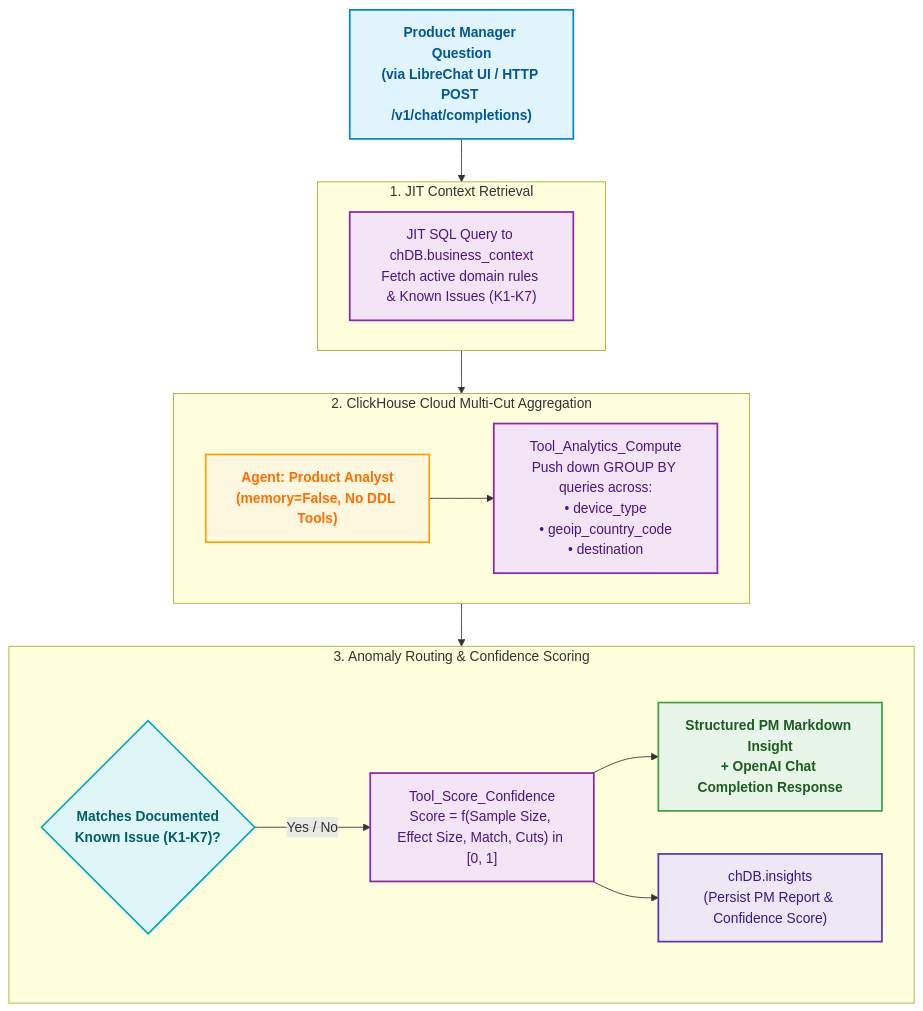
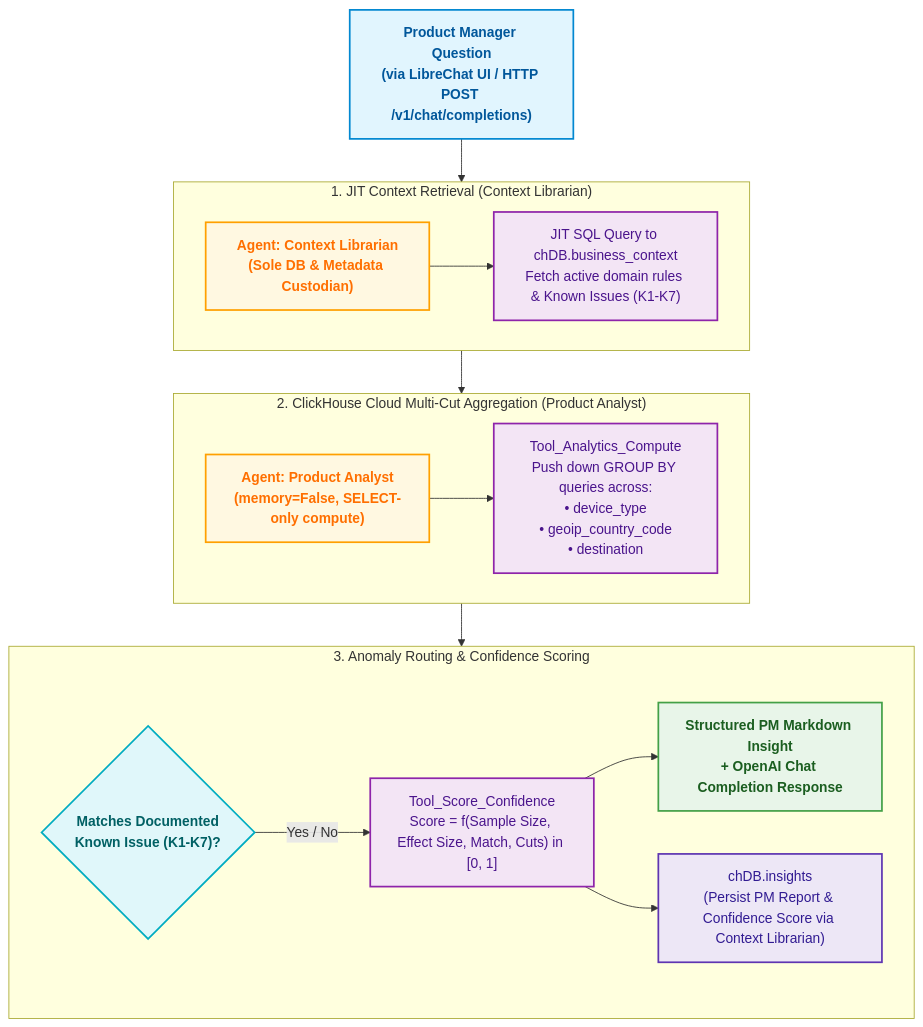
Before and after one commit to deepesh17feb/InsightMesh: the second of 2 diagrams in docs/cuj_architecture.md, drawn with Mermaid. The commit also changed other lines of this file and 8 other files, not shown here.

Commit message:
docs & arch: update multi-agent data custodianship architecture, diagrams, and least-privilege tool boundaries

````diff
--- a/docs/cuj_architecture.md
+++ b/docs/cuj_architecture.md
@@ -98,39 +101,41 @@
 ```mermaid
 flowchart TD
     %% Styling Classes
     classDef inputNode fill:#E1F5FE,stroke:#0288D1,stroke-width:2px,color:#01579B,font-weight:bold;
     classDef agentNode fill:#FFF8E1,stroke:#FFA000,stroke-width:2px,color:#FF6F00,font-weight:bold;
     classDef toolNode fill:#F3E5F5,stroke:#8E24AA,stroke-width:2px,color:#4A148C;
     classDef routerNode fill:#E0F7FA,stroke:#00ACC1,stroke-width:2px,color:#006064,font-weight:bold;
     classDef successNode fill:#E8F5E9,stroke:#43A047,stroke-width:2px,color:#1B5E20,font-weight:bold;
     classDef dbNode fill:#EDE7F6,stroke:#5E35B1,stroke-width:2px,color:#311B92;
 
     %% Pipeline Nodes
     Query["Product Manager Question<br/>(via LibreChat UI / HTTP POST /v1/chat/completions)"]:::inputNode
 
-    subgraph Step1 ["1. JIT Context Retrieval"]
+    subgraph Step1 ["1. JIT Context Retrieval (Context Librarian)"]
+        CL["Agent: Context Librarian<br/>(Sole DB & Metadata Custodian)"]:::agentNode
         JIT["JIT SQL Query to chDB.business_context<br/>Fetch active domain rules & Known Issues (K1-K7)"]:::toolNode
+        CL --> JIT
     end
 
-    subgraph Step2 ["2. ClickHouse Cloud Multi-Cut Aggregation"]
-        PA["Agent: Product Analyst<br/>(memory=False, No DDL Tools)"]:::agentNode
+    subgraph Step2 ["2. ClickHouse Cloud Multi-Cut Aggregation (Product Analyst)"]
+        PA["Agent: Product Analyst<br/>(memory=False, SELECT-only compute)"]:::agentNode
         Compute["Tool_Analytics_Compute<br/>Push down GROUP BY queries across:<br/>• device_type<br/>• geoip_country_code<br/>• destination"]:::toolNode
         PA --> Compute
     end
 
     subgraph Step3 ["3. Anomaly Routing & Confidence Scoring"]
         Router{"Matches Documented<br/>Known Issue (K1-K7)?"}:::routerNode
         Score["Tool_Score_Confidence<br/>Score = f(Sample Size, Effect Size, Match, Cuts) in [0, 1]"]:::toolNode
         Insight["Structured PM Markdown Insight<br/>+ OpenAI Chat Completion Response"]:::successNode
-        Save["chDB.insights<br/>(Persist PM Report & Confidence Score)"]:::dbNode
+        Save["chDB.insights<br/>(Persist PM Report & Confidence Score via Context Librarian)"]:::dbNode
 
         Router -->|Yes / No| Score
         Score --> Insight
         Score --> Save
     end
 
     %% Connections
     Query --> Step1
     Step1 --> Step2
     Step2 --> Step3
 ```
````
